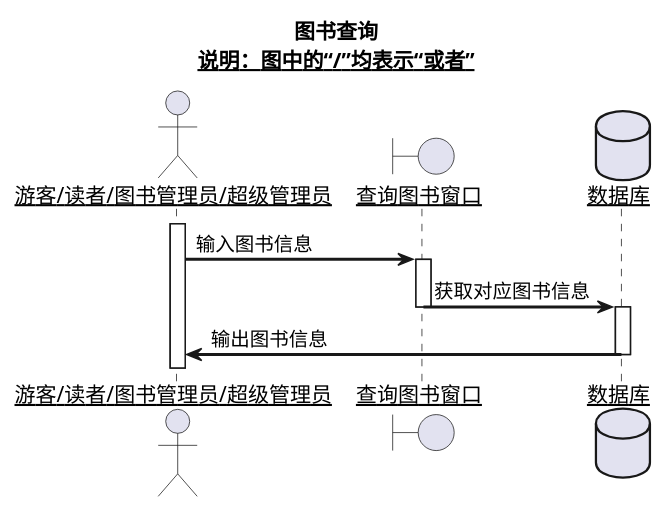
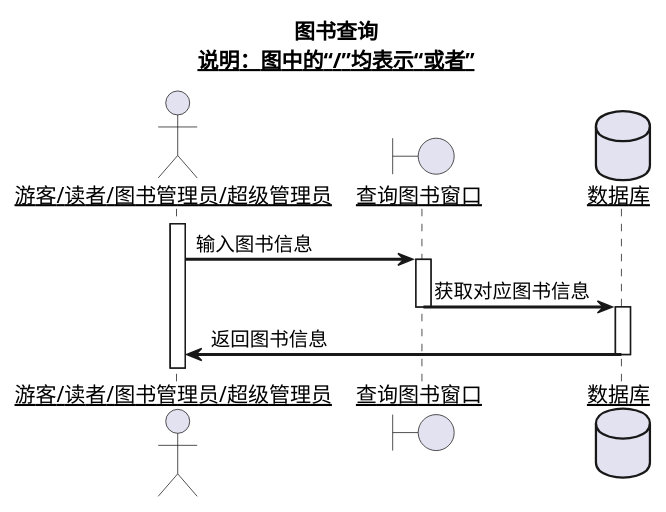
One commit to Landy7/is_analysis changed the diagram in test4/sequence1.md. Above: the diagram before and after it, drawn with PlantUML. The commit also changed 4 other files, not shown here.

```diff
--- a/test4/sequence1.md
+++ b/test4/sequence1.md
@@ -1,20 +1,20 @@
 @startuml
 title
  图书查询
  <u>说明：图中的“/”均表示“或者”</u>
 end title
 skinparam sequenceArrowThickness 2
 skinparam maxmessagesize 60
 skinparam sequenceParticipant underline
 actor "游客/读者/图书管理员/超级管理员" as U
 boundary "查询图书窗口" as A
 database "数据库" as B
 activate U
 U ->A:输入图书信息
 activate A
 A ->B:获取对应图书信息
 deactivate A
 activate B
-B ->U:输出图书信息
+B ->U:返回图书信息
 deactivate B
 @enduml
```
